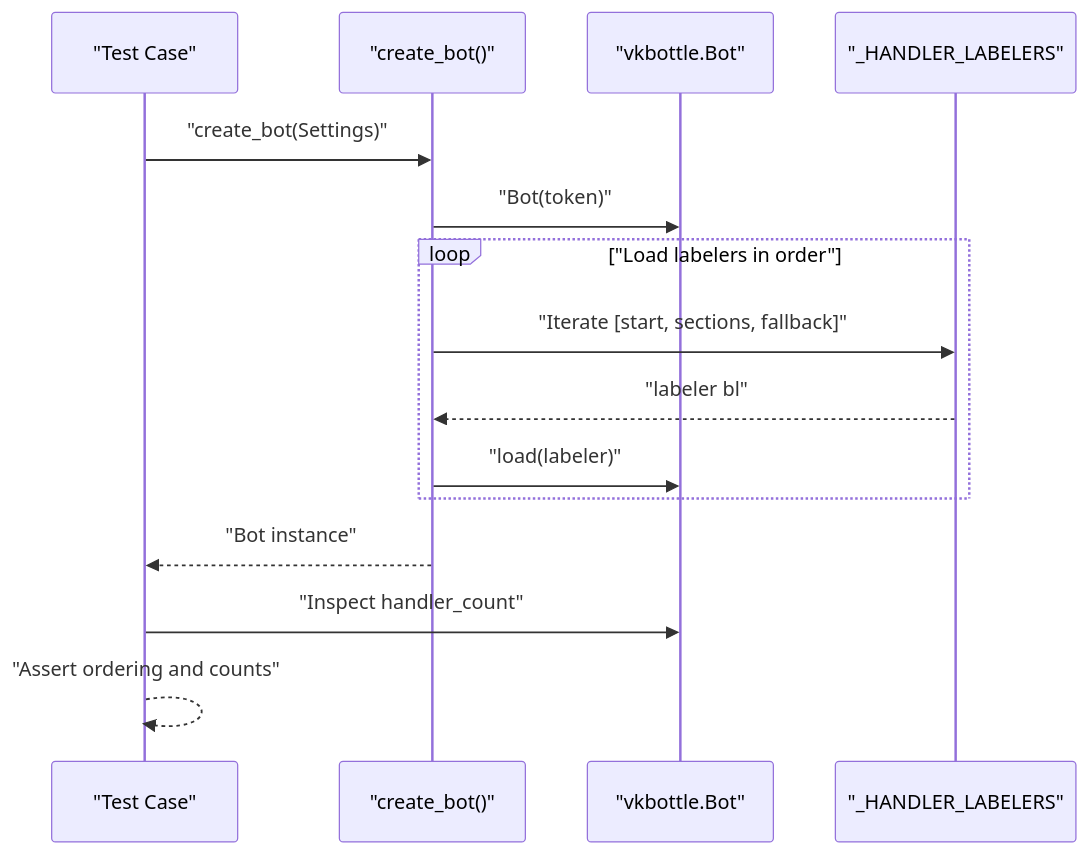
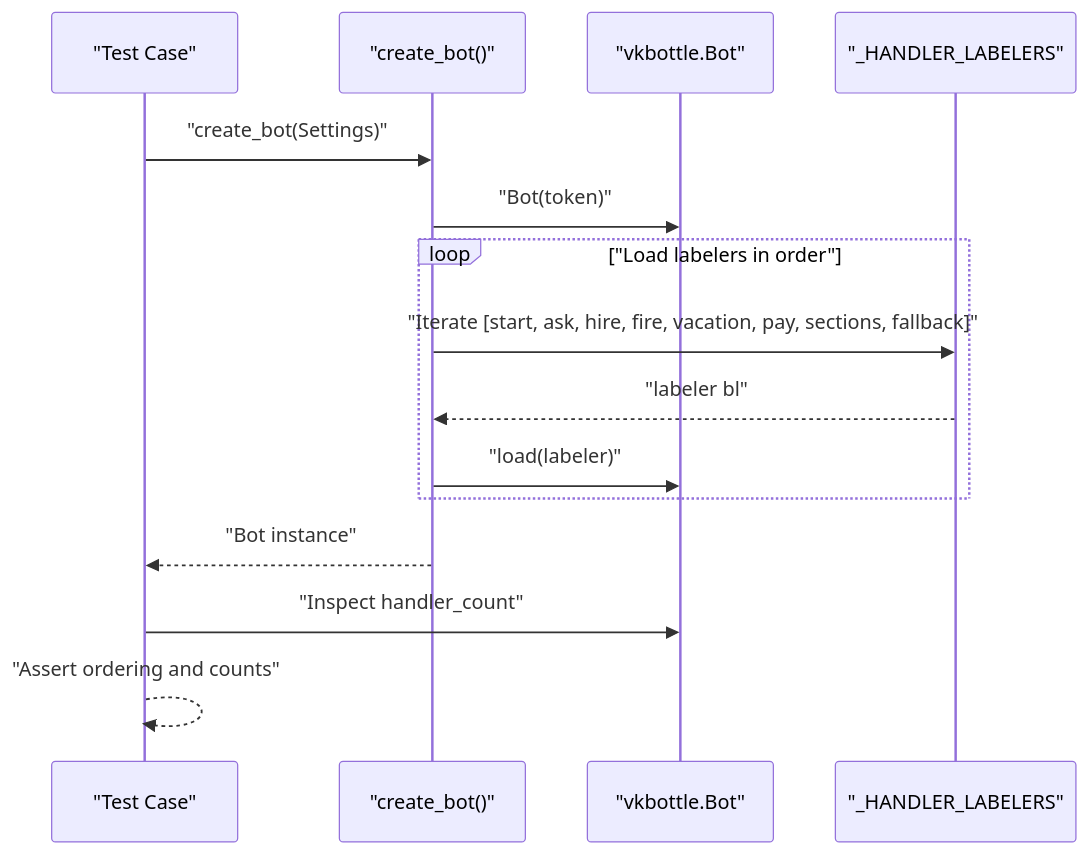
One commit to ognelis/cafetera_hr_bot changed the second of 3 diagrams in .qoder/repowiki/en/content/Testing Strategy.md. Above: the diagram before and after it, drawn with Mermaid. The commit also changed other lines of this file and 16 other files, not shown here.

````diff
--- a/.qoder/repowiki/en/content/Testing Strategy.md
+++ b/.qoder/repowiki/en/content/Testing Strategy.md
@@ -346,17 +348,17 @@
 ```mermaid
 sequenceDiagram
 participant Test as "Test Case"
 participant Factory as "create_bot()"
 participant Bot as "vkbottle.Bot"
 participant Labelers as "_HANDLER_LABELERS"
 Test->>Factory : "create_bot(Settings)"
 Factory->>Bot : "Bot(token)"
 loop "Load labelers in order"
-Factory->>Labelers : "Iterate [start, sections, fallback]"
+Factory->>Labelers : "Iterate [start, ask, hire, fire, vacation, pay, sections, fallback]"
 Labelers-->>Factory : "labeler bl"
 Factory->>Bot : "load(labeler)"
 end
 Factory-->>Test : "Bot instance"
 Test->>Bot : "Inspect handler_count"
 Test-->>Test : "Assert ordering and counts"
 ```
````
